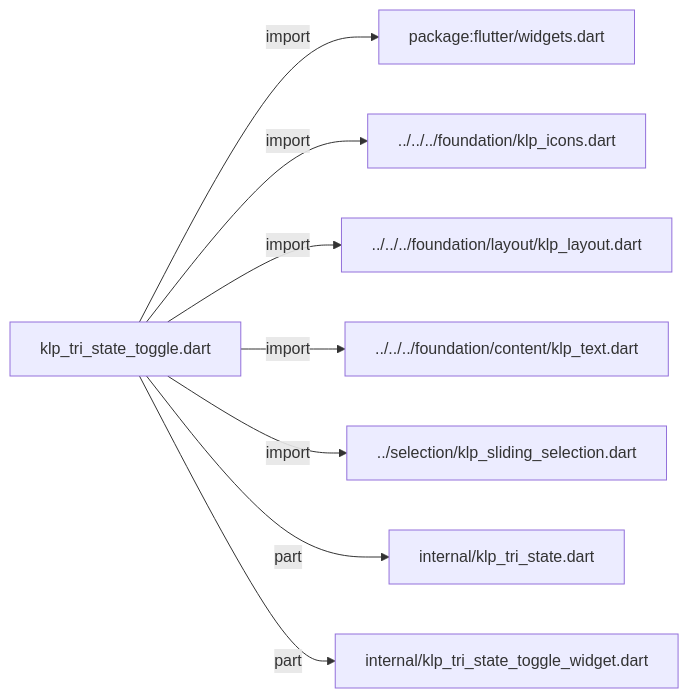
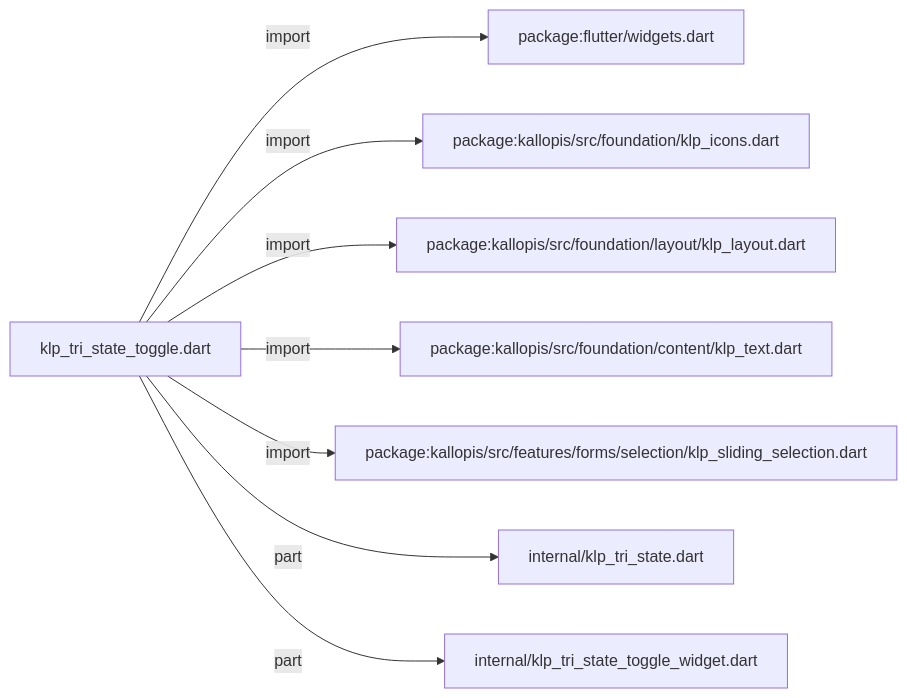
The diagram in docs/architecture/src/features/forms/toggle/klp_tri_state_toggle.md (MiuDog/Kallopis), drawn with Mermaid before and after one commit. The commit also changed other lines of this file and 9688 other files, not shown here.

Commit message:
Prepare isolated Flow F2 peer baseline

````diff
--- a/docs/architecture/src/features/forms/toggle/klp_tri_state_toggle.md
+++ b/docs/architecture/src/features/forms/toggle/klp_tri_state_toggle.md
@@ -11,18 +11,18 @@
 ```mermaid
 flowchart LR
 	n0["klp_tri_state_toggle.dart"]
 	n1["package:flutter/widgets.dart"]
-	n2["../../../foundation/klp_icons.dart"]
-	n3["../../../foundation/layout/klp_layout.dart"]
-	n4["../../../foundation/content/klp_text.dart"]
-	n5["../selection/klp_sliding_selection.dart"]
+	n2["package:kallopis/src/foundation/klp_icons.dart"]
+	n3["package:kallopis/src/foundation/layout/klp_layout.dart"]
+	n4["package:kallopis/src/foundation/content/klp_text.dart"]
+	n5["package:kallopis/src/features/forms/selection/klp_sliding_selection.dart"]
 	n6["internal/klp_tri_state.dart"]
 	n7["internal/klp_tri_state_toggle_widget.dart"]
 	n0 -->|"import"| n1
 	n0 -->|"import"| n2
 	n0 -->|"import"| n3
 	n0 -->|"import"| n4
 	n0 -->|"import"| n5
 	n0 -->|"part"| n6
 	n0 -->|"part"| n7
 ```
````
